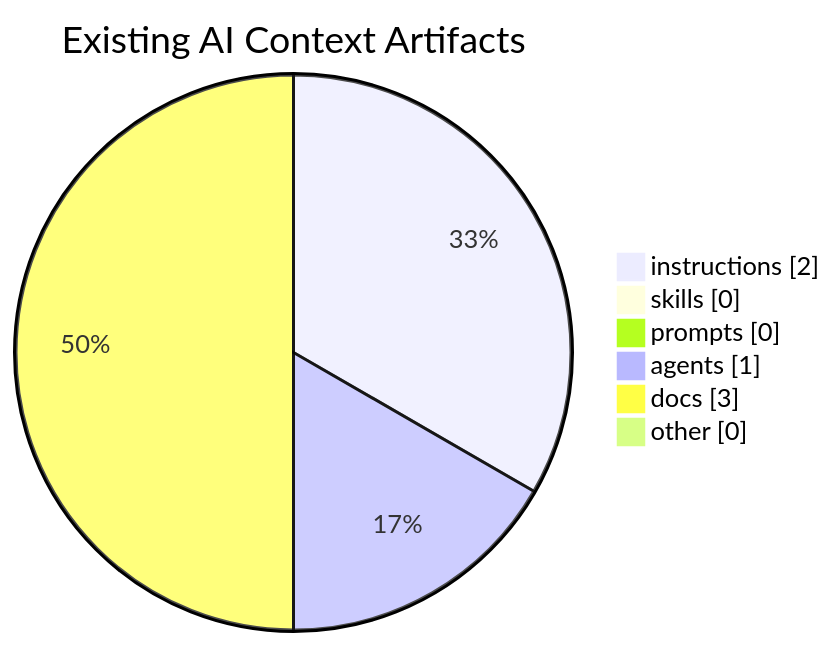
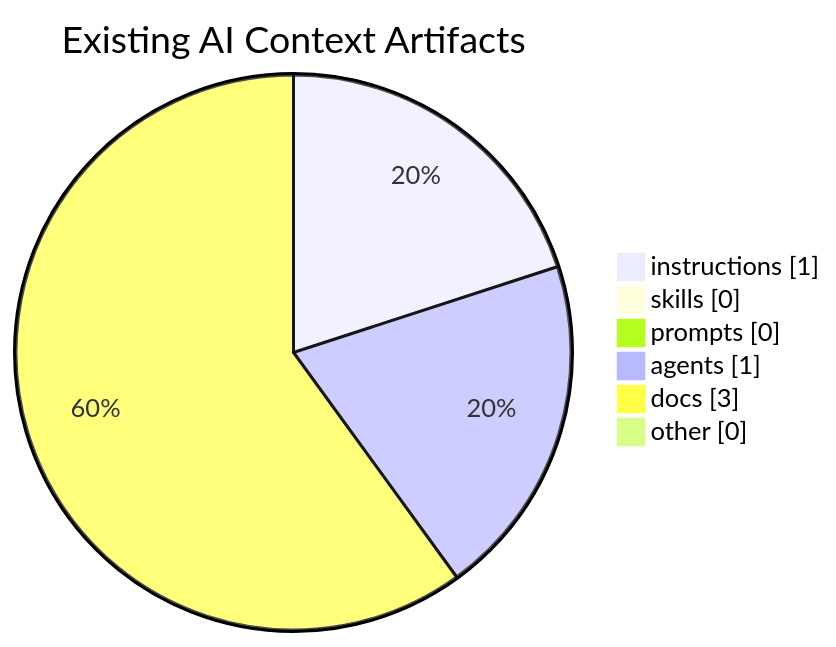
The diagram in .github/ai-os/context/existing-ai-context.md (marinvch/Cortex), drawn with Mermaid before and after one commit. The commit also changed other lines of this file and 15 other files, not shown here.

````diff
--- a/.github/ai-os/context/existing-ai-context.md
+++ b/.github/ai-os/context/existing-ai-context.md
@@ -44,10 +43,10 @@
 ```mermaid
 pie showData
   title Existing AI Context Artifacts
-  "instructions" : 2
+  "instructions" : 1
   "skills" : 0
   "prompts" : 0
   "agents" : 1
   "docs" : 3
   "other" : 0
 ```
````
